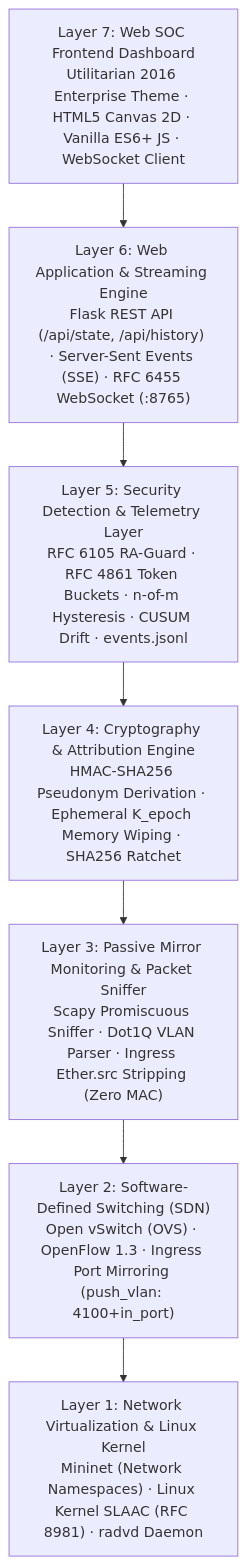
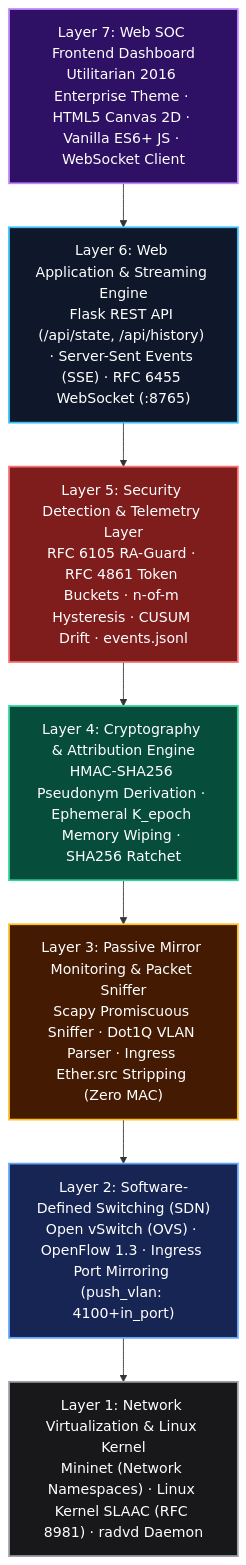
Before and after one commit to NishantMajumdar/A3-PS007-TC042: the first of 4 diagrams in src/README.md, drawn with Mermaid. The commit also changed other lines of this file, not shown here.

Commit message:
tryout better diagrams

````diff
--- a/src/README.md
+++ b/src/README.md
@@ -240,17 +240,33 @@
 ```mermaid
 flowchart TD
     L7["Layer 7: Web SOC Frontend Dashboard<br>Utilitarian 2016 Enterprise Theme · HTML5 Canvas 2D · Vanilla ES6+ JS · WebSocket Client"]
     L6["Layer 6: Web Application & Streaming Engine<br>Flask REST API (/api/state, /api/history) · Server-Sent Events (SSE) · RFC 6455 WebSocket (:8765)"]
     L5["Layer 5: Security Detection & Telemetry Layer<br>RFC 6105 RA-Guard · RFC 4861 Token Buckets · n-of-m Hysteresis · CUSUM Drift · events.jsonl"]
     L4["Layer 4: Cryptography & Attribution Engine<br>HMAC-SHA256 Pseudonym Derivation · Ephemeral K_epoch Memory Wiping · SHA256 Ratchet"]
     L3["Layer 3: Passive Mirror Monitoring & Packet Sniffer<br>Scapy Promiscuous Sniffer · Dot1Q VLAN Parser · Ingress Ether.src Stripping (Zero MAC)"]
     L2["Layer 2: Software-Defined Switching (SDN)<br>Open vSwitch (OVS) · OpenFlow 1.3 · Ingress Port Mirroring (push_vlan: 4100+in_port)"]
     L1["Layer 1: Network Virtualization & Linux Kernel<br>Mininet (Network Namespaces) · Linux Kernel SLAAC (RFC 8981) · radvd Daemon"]
 
     L7 --> L6
     L6 --> L5
     L5 --> L4
     L4 --> L3
     L3 --> L2
     L2 --> L1
+
+    classDef cL7 fill:#2e1065,stroke:#c084fc,stroke-width:2px,color:#ffffff;
+    classDef cL6 fill:#0f172a,stroke:#38bdf8,stroke-width:2px,color:#ffffff;
+    classDef cL5 fill:#7f1d1d,stroke:#f87171,stroke-width:2px,color:#ffffff;
+    classDef cL4 fill:#064e3b,stroke:#34d399,stroke-width:2px,color:#ffffff;
+    classDef cL3 fill:#451a03,stroke:#fbbf24,stroke-width:2px,color:#ffffff;
+    classDef cL2 fill:#172554,stroke:#60a5fa,stroke-width:2px,color:#ffffff;
+    classDef cL1 fill:#18181b,stroke:#a1a1aa,stroke-width:2px,color:#ffffff;
+
+    class L7 cL7;
+    class L6 cL6;
+    class L5 cL5;
+    class L4 cL4;
+    class L3 cL3;
+    class L2 cL2;
+    class L1 cL1;
 ```
````
